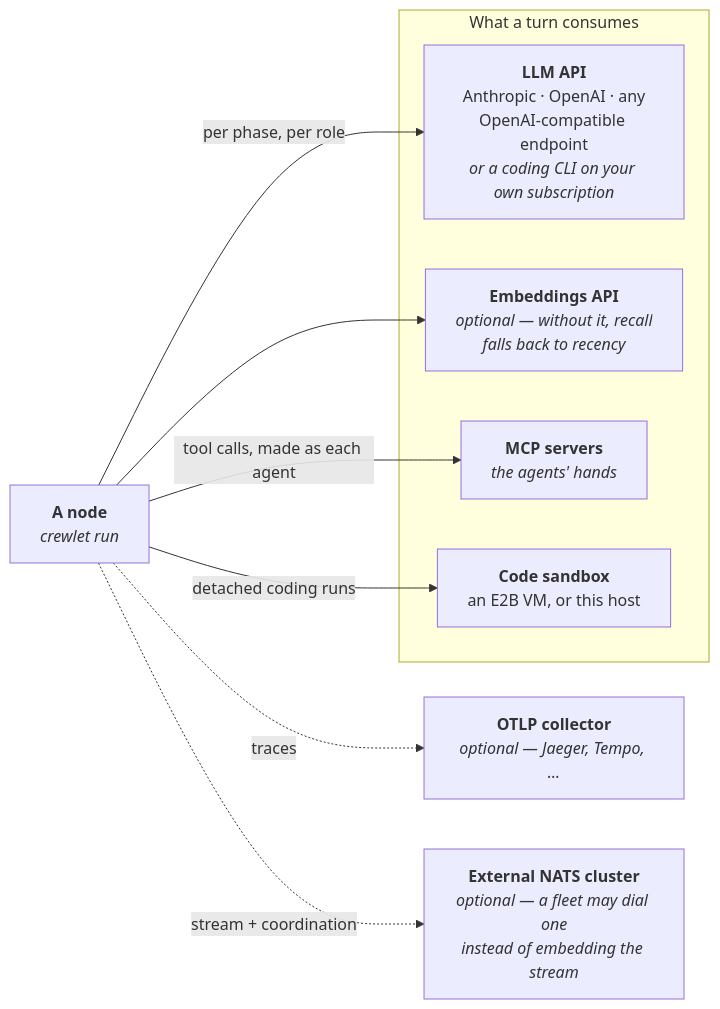
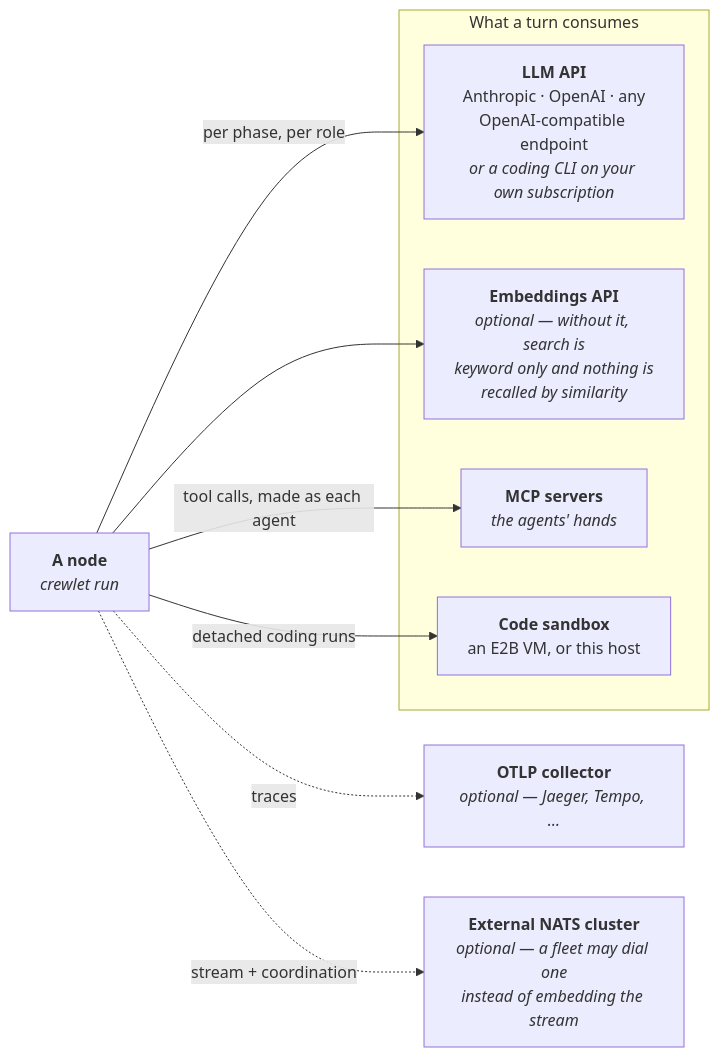
One commit to crewlet/crewlet changed the second of 10 diagrams in docs/concepts/architecture.md. Above: the diagram before and after it, drawn with Mermaid. The commit also changed 4 other files, not shown here.

````diff
--- a/docs/concepts/architecture.md
+++ b/docs/concepts/architecture.md
@@ -62,21 +62,21 @@
 ```mermaid
 flowchart LR
     NODE["<b>A node</b><br/><i>crewlet run</i>"]
 
     subgraph supply["What a turn consumes"]
         LLM["<b>LLM API</b><br/>Anthropic · OpenAI · any<br/>OpenAI-compatible endpoint<br/><i>or a coding CLI on your own subscription</i>"]
-        EMB["<b>Embeddings API</b><br/><i>optional — without it, recall<br/>falls back to recency</i>"]
+        EMB["<b>Embeddings API</b><br/><i>optional — without it, search is<br/>keyword only and nothing is<br/>recalled by similarity</i>"]
         MCPS["<b>MCP servers</b><br/><i>the agents' hands</i>"]
         BOX["<b>Code sandbox</b><br/>an E2B VM, or this host"]
     end
 
     OTEL["<b>OTLP collector</b><br/><i>optional — Jaeger, Tempo, …</i>"]
     NATS["<b>External NATS cluster</b><br/><i>optional — a fleet may dial one<br/>instead of embedding the stream</i>"]
 
     NODE -->|"per phase, per role"| LLM
     NODE --> EMB
     NODE -->|"tool calls, made as each agent"| MCPS
     NODE -->|"detached coding runs"| BOX
     NODE -.->|traces| OTEL
     NODE -.->|"stream + coordination"| NATS
 ```
````
